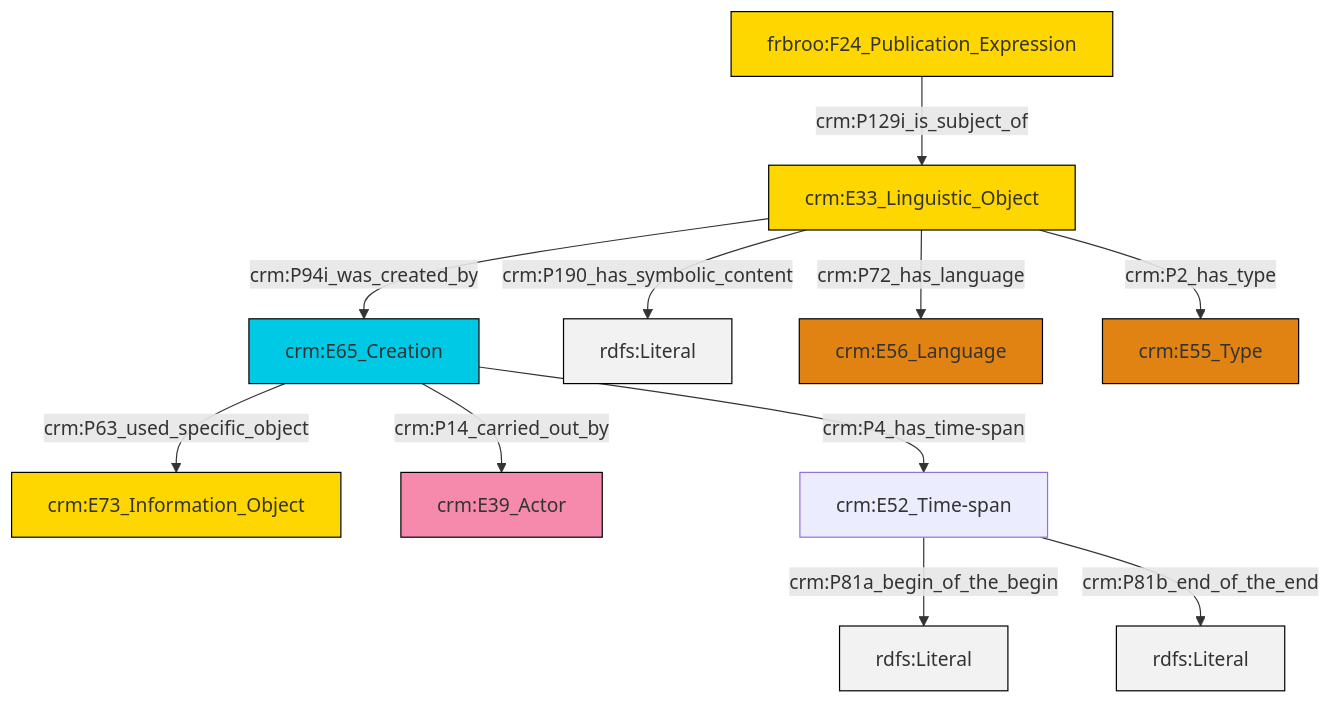
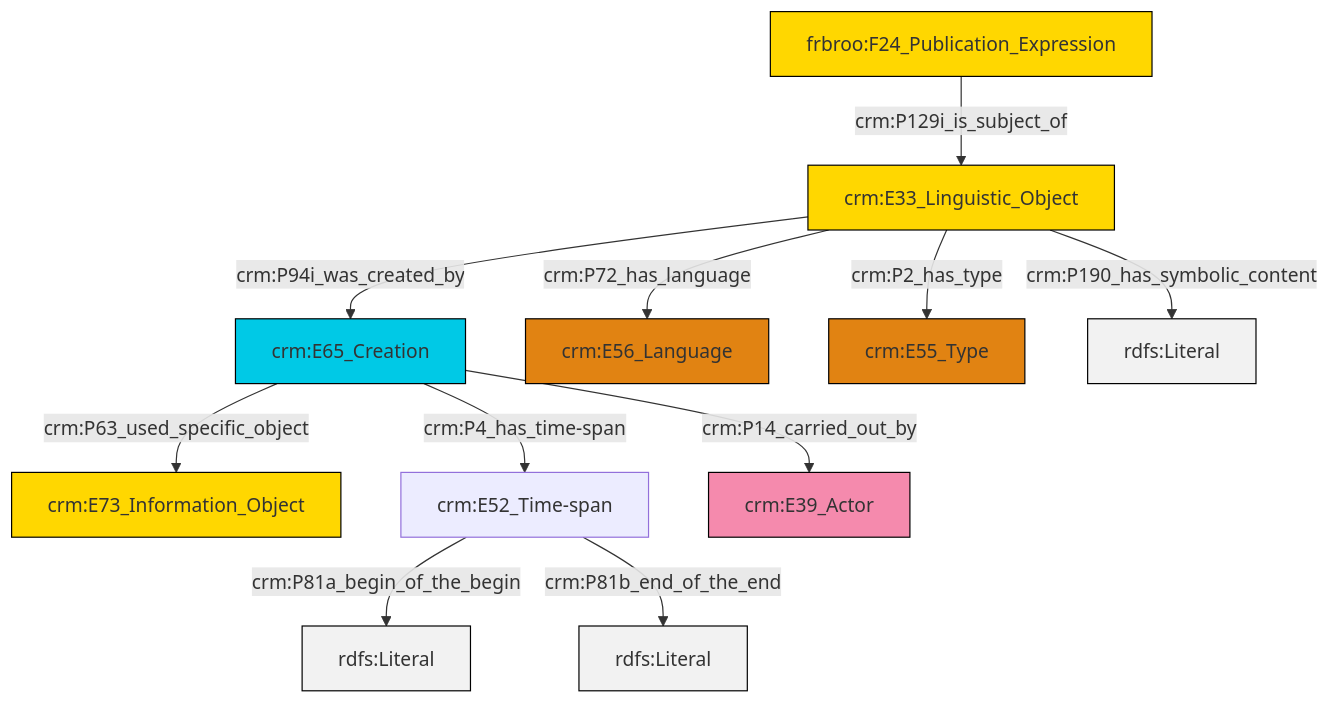
One commit to swiss-art-research-net/reference-data-models changed the diagram in et/biblioCSV/ttl/mmd/biblio_description.ttl.mmd. Above: the diagram before and after it, drawn with Mermaid. The commit also changed 130 other files, not shown here.

```diff
--- a/et/biblioCSV/ttl/mmd/biblio_description.ttl.mmd
+++ b/et/biblioCSV/ttl/mmd/biblio_description.ttl.mmd
@@ -1,25 +1,25 @@
 graph TD
 classDef Literal fill:#f2f2f2,stroke:#000000;
 classDef CRM_Entity fill:#FFFFFF,stroke:#000000;
 classDef Temporal_Entity fill:#00C9E6, stroke:#000000;
 classDef Type fill:#E18312, stroke:#000000;
 classDef Time-Span fill:#2C9C91, stroke:#000000;
 classDef Appellation fill:#FFEB7F, stroke:#000000;
 classDef Place fill:#008836, stroke:#000000;
 classDef Persistent_Item fill:#B266B2, stroke:#000000;
 classDef Conceptual_Object fill:#FFD700, stroke:#000000;
 classDef Physical_Thing fill:#D2B48C, stroke:#000000;
 classDef Actor fill:#f58aad, stroke:#000000;
 classDef PC_Classes fill:#4ce600, stroke:#000000;
 classDef Multi fill:#cccccc,stroke:#000000;
 
-2["crm:E65_Creation"]:::Temporal_Entity -->|crm:P63_used_specific_object| 0["crm:E73_Information_Object"]:::Conceptual_Object
-5["crm:E33_Linguistic_Object"]:::Conceptual_Object -->|crm:P190_has_symbolic_content| 6[rdfs:Literal]:::Literal
-2["crm:E65_Creation"]:::Temporal_Entity -->|crm:P14_carried_out_by| 3["crm:E39_Actor"]:::Actor
-2["crm:E65_Creation"]:::Temporal_Entity -->|crm:P4_has_time-span| 8["crm:E52_Time-span"]:::Default
-5["crm:E33_Linguistic_Object"]:::Conceptual_Object -->|crm:P94i_was_created_by| 2["crm:E65_Creation"]:::Temporal_Entity
-8["crm:E52_Time-span"]:::Default -->|crm:P81a_begin_of_the_begin| 9[rdfs:Literal]:::Literal
-8["crm:E52_Time-span"]:::Default -->|crm:P81b_end_of_the_end| 15[rdfs:Literal]:::Literal
-5["crm:E33_Linguistic_Object"]:::Conceptual_Object -->|crm:P2_has_type| 13["crm:E55_Type"]:::Type
-5["crm:E33_Linguistic_Object"]:::Conceptual_Object -->|crm:P72_has_language| 11["crm:E56_Language"]:::Type
-16["frbroo:F24_Publication_Expression"]:::Conceptual_Object -->|crm:P129i_is_subject_of| 5["crm:E33_Linguistic_Object"]:::Conceptual_Object
+0["crm:E65_Creation"]:::Temporal_Entity -->|crm:P63_used_specific_object| 1["crm:E73_Information_Object"]:::Conceptual_Object
+2["crm:E33_Linguistic_Object"]:::Conceptual_Object -->|crm:P72_has_language| 3["crm:E56_Language"]:::Type
+0["crm:E65_Creation"]:::Temporal_Entity -->|crm:P4_has_time-span| 4["crm:E52_Time-span"]:::Default
+0["crm:E65_Creation"]:::Temporal_Entity -->|crm:P14_carried_out_by| 5["crm:E39_Actor"]:::Actor
+8["frbroo:F24_Publication_Expression"]:::Conceptual_Object -->|crm:P129i_is_subject_of| 2["crm:E33_Linguistic_Object"]:::Conceptual_Object
+2["crm:E33_Linguistic_Object"]:::Conceptual_Object -->|crm:P94i_was_created_by| 0["crm:E65_Creation"]:::Temporal_Entity
+2["crm:E33_Linguistic_Object"]:::Conceptual_Object -->|crm:P2_has_type| 13["crm:E55_Type"]:::Type
+2["crm:E33_Linguistic_Object"]:::Conceptual_Object -->|crm:P190_has_symbolic_content| 14[rdfs:Literal]:::Literal
+4["crm:E52_Time-span"]:::Default -->|crm:P81a_begin_of_the_begin| 17[rdfs:Literal]:::Literal
+4["crm:E52_Time-span"]:::Default -->|crm:P81b_end_of_the_end| 18[rdfs:Literal]:::Literal
```
